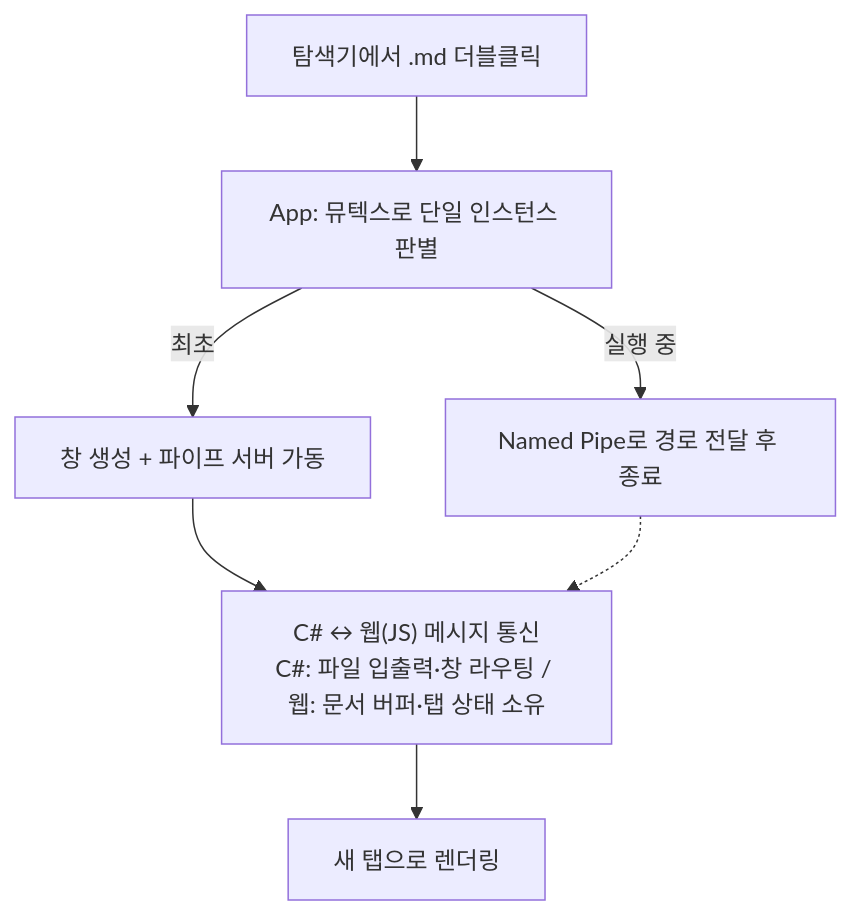
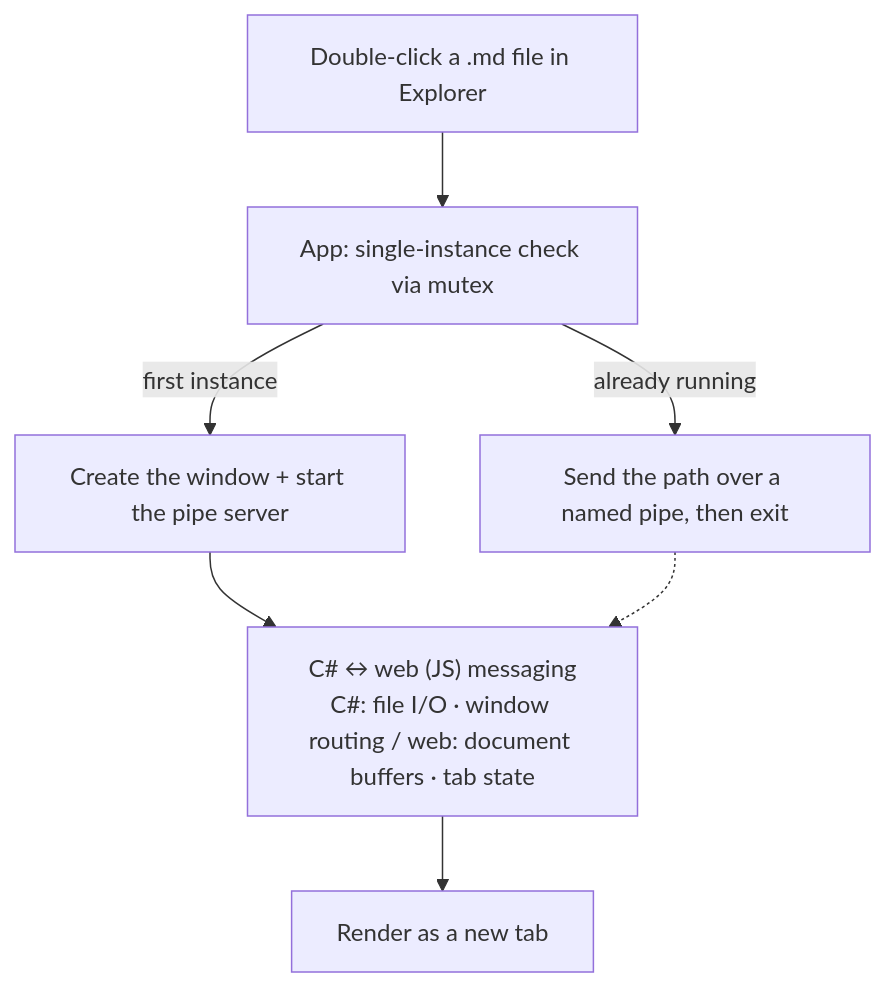
The diagram in README.md (jjw1270/MarkdownEditor), drawn with Mermaid before and after one commit. The commit also changed other lines of this file and 20 other files, not shown here.

````diff
--- a/README.md
+++ b/README.md
@@ -251,9 +260,9 @@
 ```mermaid
 flowchart TD
-    A["탐색기에서 .md 더블클릭"] --> B["App: 뮤텍스로 단일 인스턴스 판별"]
-    B -->|"실행 중"| C["Named Pipe로 경로 전달 후 종료"]
-    B -->|"최초"| D["창 생성 + 파이프 서버 가동"]
-    D --> E["C# ↔ 웹(JS) 메시지 통신<br/>C#: 파일 입출력·창 라우팅 / 웹: 문서 버퍼·탭 상태 소유"]
+    A["Double-click a .md file in Explorer"] --> B["App: single-instance check via mutex"]
+    B -->|"already running"| C["Send the path over a named pipe, then exit"]
+    B -->|"first instance"| D["Create the window + start the pipe server"]
+    D --> E["C# ↔ web (JS) messaging<br/>C#: file I/O · window routing / web: document buffers · tab state"]
     C -.-> E
-    E --> F["새 탭으로 렌더링"]
+    E --> F["Render as a new tab"]
 ```
````
